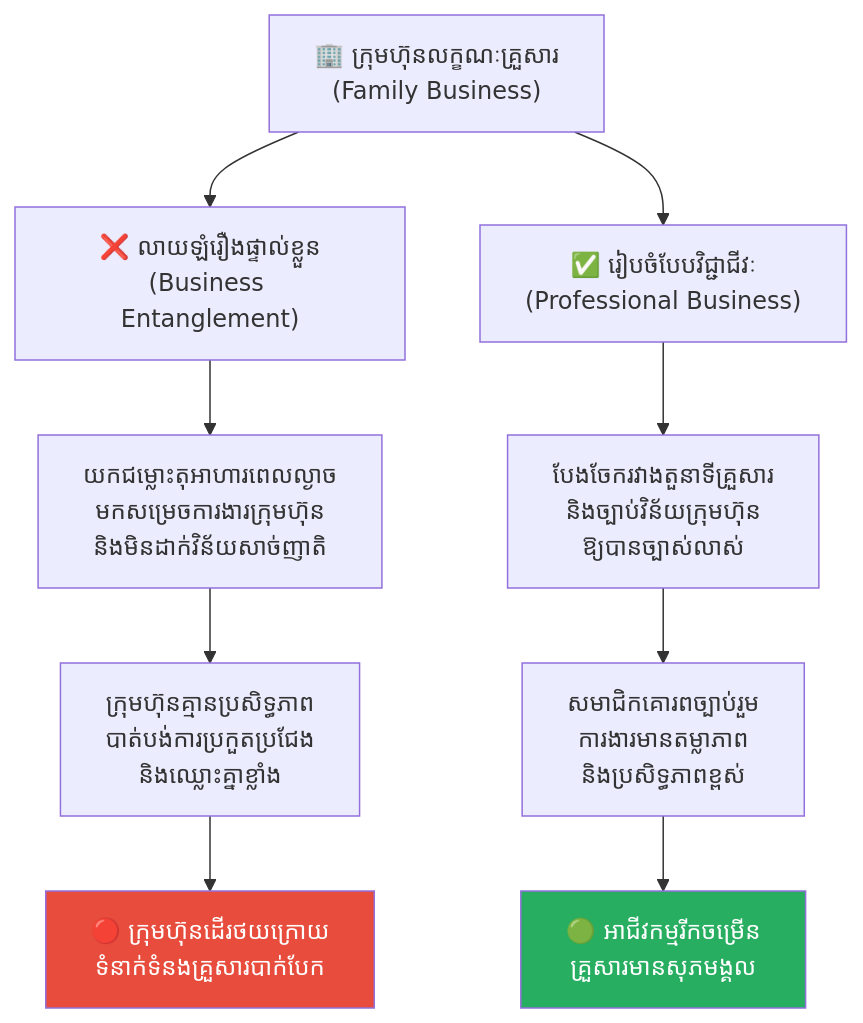
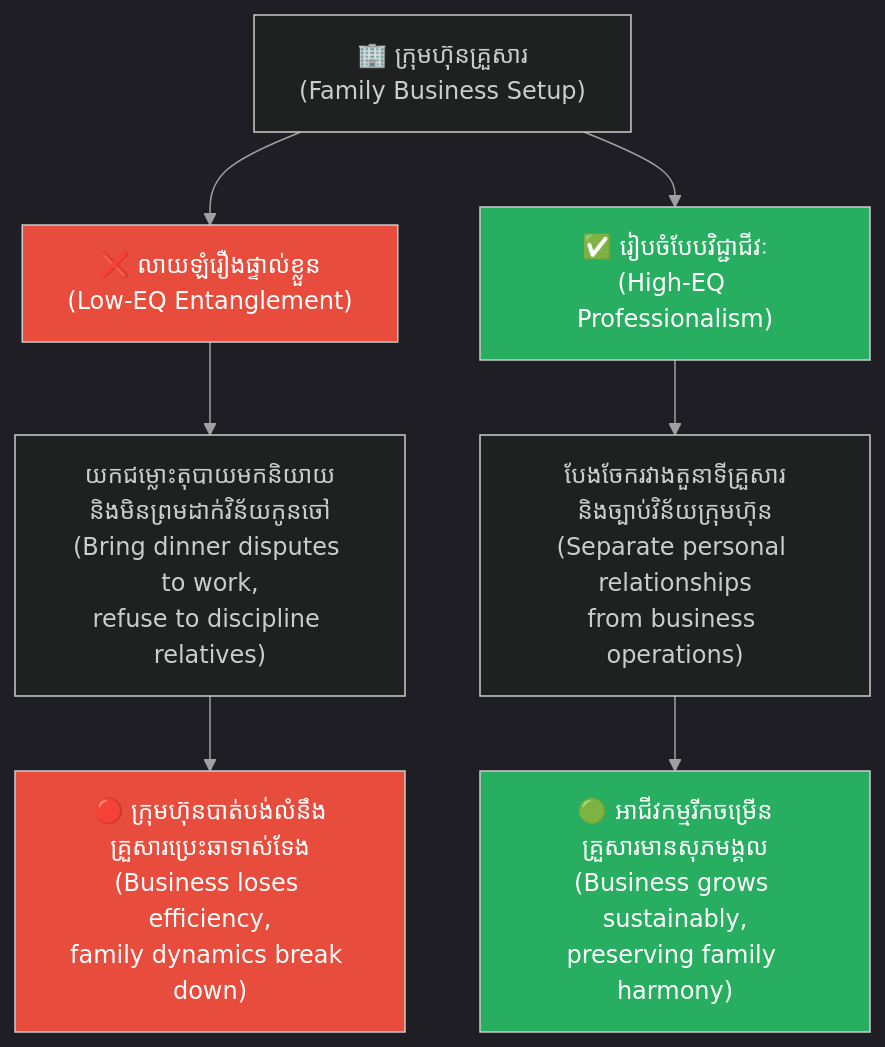
Before and after one commit to GuideStack/iblogger-feeds: the fourth of 5 diagrams in feeds/concepts/articles/07-hedgehog-dilemma.md, drawn with Mermaid. The commit also changed other lines of this file, not shown here.

Commit message:
docs: upgrade 07-hedgehog-dilemma.md to bilingual layout and styled diagrams

````diff
--- a/feeds/concepts/articles/07-hedgehog-dilemma.md
+++ b/feeds/concepts/articles/07-hedgehog-dilemma.md
@@ -148,16 +237,25 @@
 ```mermaid
+%%{init: {
+  'theme': 'dark',
+  'themeVariables': {
+    'background': '#1e1e1e',
+    'primaryTextColor': '#ffffff',
+    'lineColor': '#a0a0a0'
+  },
+  'themeCSS': 'svg { background-color: #1e1e1e !important; padding: 1rem !important; border-radius: 8px !important; } .edgeLabel rect { fill: #1e1e1e !important; } text, tspan { fill: #ffffff !important; }'
+}}%%
 graph TD
-    A["🏢 ក្រុមហ៊ុនលក្ខណៈគ្រួសារ<br/>(Family Business)"] --> B1["❌ លាយឡំរឿងផ្ទាល់ខ្លួន<br/>(Business Entanglement)"]
-    A --> B2["✅ រៀបចំបែបវិជ្ជាជីវៈ<br/>(Professional Business)"]
-    
-    B1 --> C1["យកជម្លោះតុអាហារពេលល្ងាច<br/>មកសម្រេចការងារក្រុមហ៊ុន<br/>និងមិនដាក់វិន័យសាច់ញាតិ"]
-    C1 --> D1["ក្រុមហ៊ុនគ្មានប្រសិទ្ធភាព<br/>បាត់បង់ការប្រកួតប្រជែង<br/>និងឈ្លោះគ្នាខ្លាំង"]
-    D1 --> E1["🔴 ក្រុមហ៊ុនដើរថយក្រោយ<br/>ទំនាក់ទំនងគ្រួសារបាក់បែក"]
-    
-    B2 --> C2["បែងចែករវាងតួនាទីគ្រួសារ<br/>និងច្បាប់វិន័យក្រុមហ៊ុន<br/>ឱ្យបានច្បាស់លាស់"]
-    C2 --> D2["សមាជិកគោរពច្បាប់រួម<br/>ការងារមានតម្លាភាព<br/>និងប្រសិទ្ធភាពខ្ពស់"]
-    D2 --> E2["🟢 អាជីវកម្មរីកចម្រើន<br/>គ្រួសារមានសុភមង្គល"]
+    A["🏢 ក្រុមហ៊ុនគ្រួសារ<br/>(Family Business Setup)"] --> B1["❌ លាយឡំរឿងផ្ទាល់ខ្លួន<br/>(Low-EQ Entanglement)"]
+    A --> B2["✅ រៀបចំបែបវិជ្ជាជីវៈ<br/>(High-EQ Professionalism)"]
 
-    style E1 fill:#e74c3c,color:#fff
-    style E2 fill:#27ae60,color:#fff
+    B1 --> C1["យកជម្លោះតុបាយមកនិយាយ<br/>និងមិនព្រមដាក់វិន័យកូនចៅ<br/>(Bring dinner disputes to work,<br/>refuse to discipline relatives)"]
+    C1 --> D1["🔴 ក្រុមហ៊ុនបាត់បង់លំនឹង<br/>គ្រួសារប្រេះឆាទាស់ទែង<br/>(Business loses efficiency,<br/>family dynamics break down)"]
+
+    B2 --> C2["បែងចែករវាងតួនាទីគ្រួសារ<br/>និងច្បាប់វិន័យក្រុមហ៊ុន<br/>(Separate personal relationships<br/>from business operations)"]
+    C2 --> D2["🟢 អាជីវកម្មរីកចម្រើន<br/>គ្រួសារមានសុភមង្គល<br/>(Business grows sustainably,<br/>preserving family harmony)"]
+
+    style B1 fill:#e74c3c,color:#fff
+    style B2 fill:#27ae60,color:#fff
+    style D1 fill:#e74c3c,color:#fff
+    style D2 fill:#27ae60,color:#fff
 ```
````
